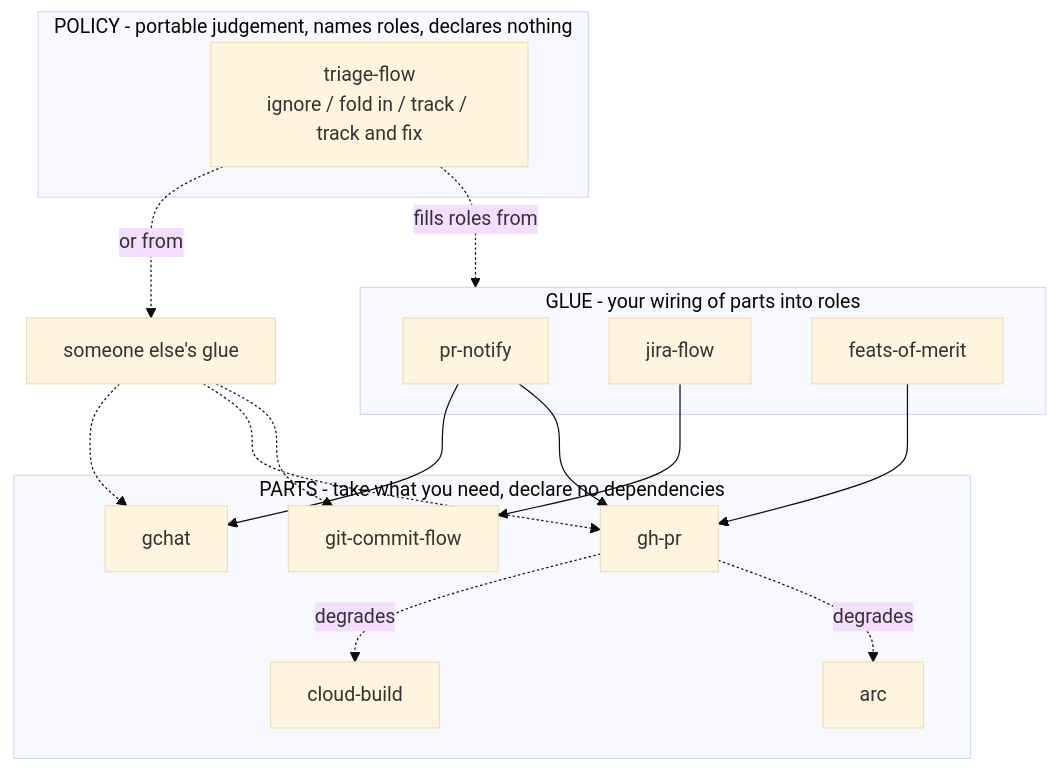
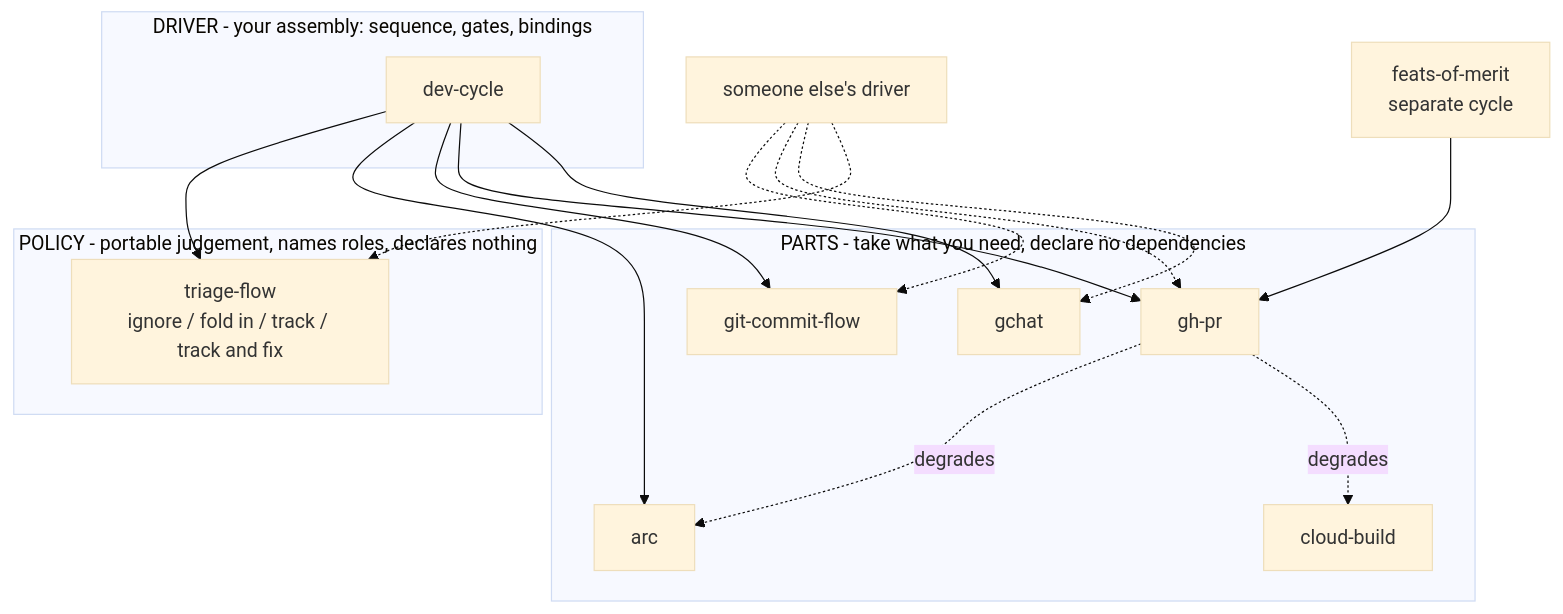
One commit to benjfactor/dotfiles changed the first of 2 diagrams in docs/plans/2026-08-28-001-feat-claude-plugin-packaging-plan.md. Above: the diagram before and after it, drawn with Mermaid (base theme). The commit also changed other lines of this file, not shown here.

````diff
--- a/docs/plans/2026-08-28-001-feat-claude-plugin-packaging-plan.md
+++ b/docs/plans/2026-08-28-001-feat-claude-plugin-packaging-plan.md
@@ -52,31 +52,31 @@
 ```mermaid
 flowchart TD
     subgraph parts["PARTS - take what you need, declare no dependencies"]
         gchat["gchat"]
         arc["arc"]
         cb["cloud-build"]
         commit["git-commit-flow"]
         ghpr["gh-pr"]
     end
     subgraph policy["POLICY - portable judgement, names roles, declares nothing"]
         triage["triage-flow<br/>ignore / fold in / track / track and fix"]
     end
-    subgraph glue["GLUE - your wiring of parts into roles"]
-        notify["pr-notify"]
-        jira["jira-flow"]
-        merit["feats-of-merit"]
+    subgraph driver["DRIVER - your assembly: sequence, gates, bindings"]
+        cycle["dev-cycle"]
     end
-    theirs["someone else's glue"]
+    theirs["someone else's driver"]
+    merit["feats-of-merit<br/>separate cycle"]
 
-    notify --> gchat
-    notify --> ghpr
-    jira --> commit
+    cycle --> gchat
+    cycle --> ghpr
+    cycle --> commit
+    cycle --> arc
+    cycle --> triage
     merit --> ghpr
     ghpr -. degrades .-> cb
     ghpr -. degrades .-> arc
-    triage -. fills roles from .-> glue
-    triage -. or from .-> theirs
+    theirs -.-> triage
     theirs -.-> gchat
     theirs -.-> ghpr
     theirs -.-> commit
 ```
````
